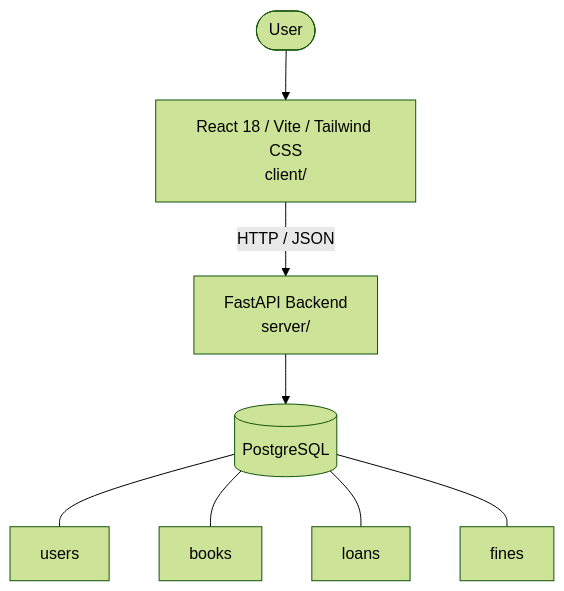
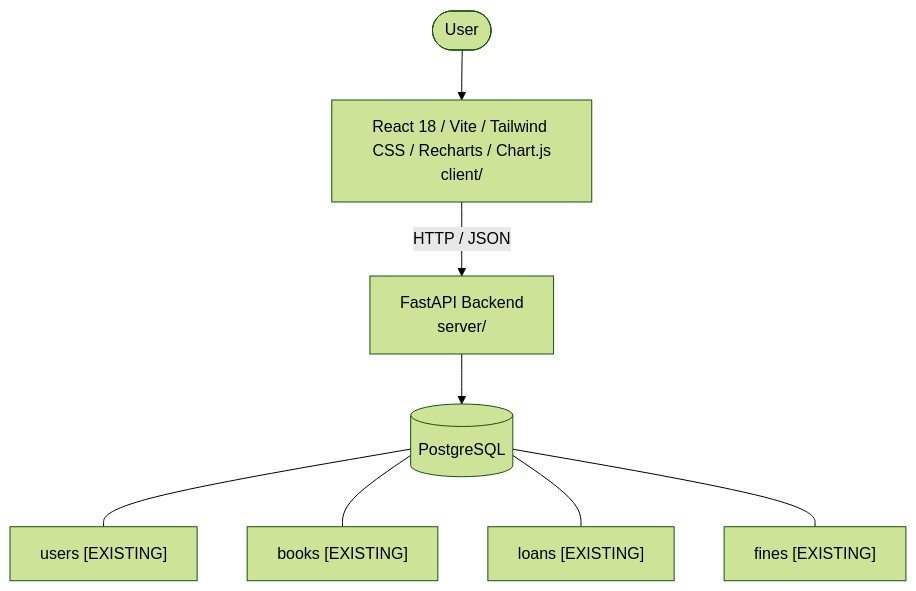
Before and after one commit to p67428378-afk/SCRUM: the diagram in architecture.md, drawn with Mermaid (forest theme). The commit also changed other lines of this file and 10 other files, not shown here.

````diff
--- a/architecture.md
+++ b/architecture.md
@@ -6,14 +6,14 @@
 ```mermaid
 graph TD
   User([User])
-  UI["React 18 / Vite / Tailwind CSS<br/>client/"]
+  UI["React 18 / Vite / Tailwind CSS / Recharts / Chart.js<br/>client/"]
   API["FastAPI Backend<br/>server/"]
   DB[("PostgreSQL")]
   User --> UI
   UI -->|HTTP / JSON| API
   API --> DB
-  DB --- tbl_users["users"]
-  DB --- tbl_books["books"]
-  DB --- tbl_loans["loans"]
-  DB --- tbl_fines["fines"]
+  DB --- tbl_users__EXISTING_["users [EXISTING]"]
+  DB --- tbl_books__EXISTING_["books [EXISTING]"]
+  DB --- tbl_loans__EXISTING_["loans [EXISTING]"]
+  DB --- tbl_fines__EXISTING_["fines [EXISTING]"]
 ```
````
